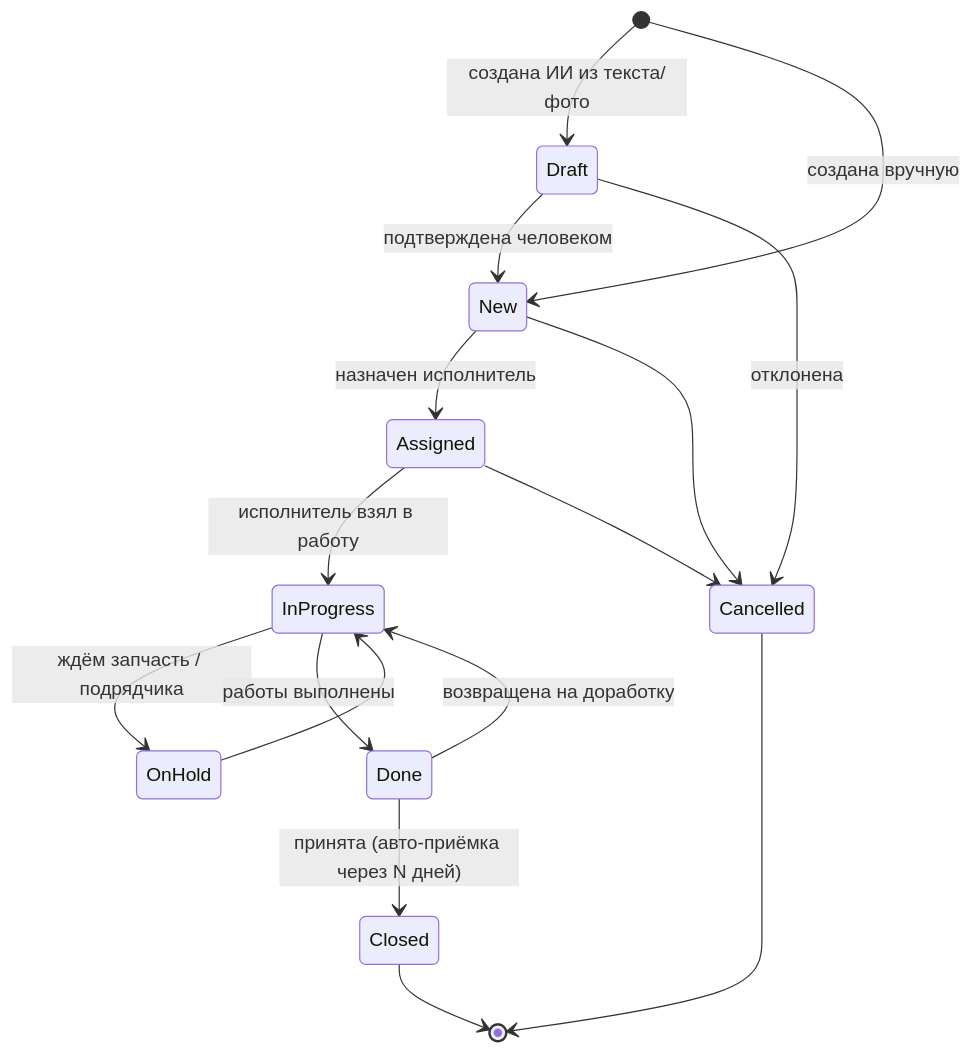
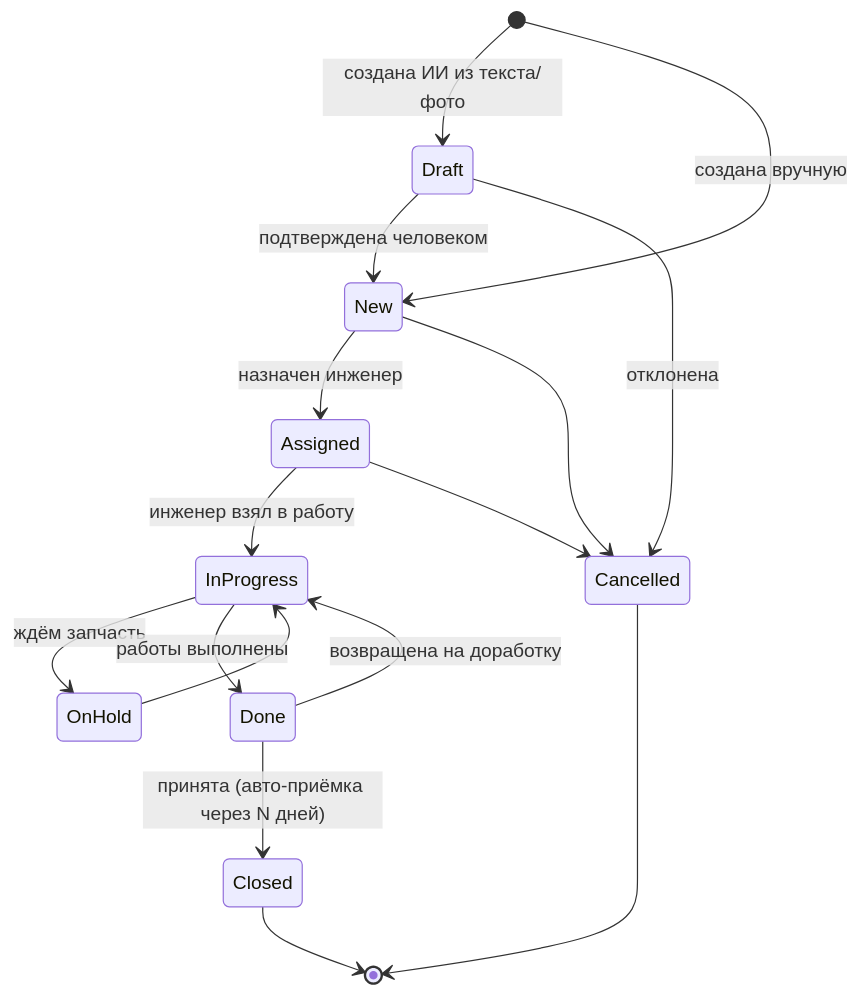
Before and after one commit to masterdoc-app/masterdoc: the third of 8 diagrams in TOIR_AI_SYSTEM_DESIGN.md, drawn with Mermaid. The commit also changed other lines of this file, not shown here.

````diff
--- a/TOIR_AI_SYSTEM_DESIGN.md
+++ b/TOIR_AI_SYSTEM_DESIGN.md
@@ -258,18 +258,18 @@
 ```mermaid
 stateDiagram-v2
   [*] --> Draft: создана ИИ из текста/фото
   [*] --> New: создана вручную
   Draft --> New: подтверждена человеком
   Draft --> Cancelled: отклонена
-  New --> Assigned: назначен исполнитель
-  Assigned --> InProgress: исполнитель взял в работу
-  InProgress --> OnHold: ждём запчасть / подрядчика
+  New --> Assigned: назначен инженер
+  Assigned --> InProgress: инженер взял в работу
+  InProgress --> OnHold: ждём запчасть
   OnHold --> InProgress
   InProgress --> Done: работы выполнены
   Done --> Closed: принята (авто-приёмка через N дней)
   Done --> InProgress: возвращена на доработку
   New --> Cancelled
   Assigned --> Cancelled
   Closed --> [*]
   Cancelled --> [*]
 ```
````
